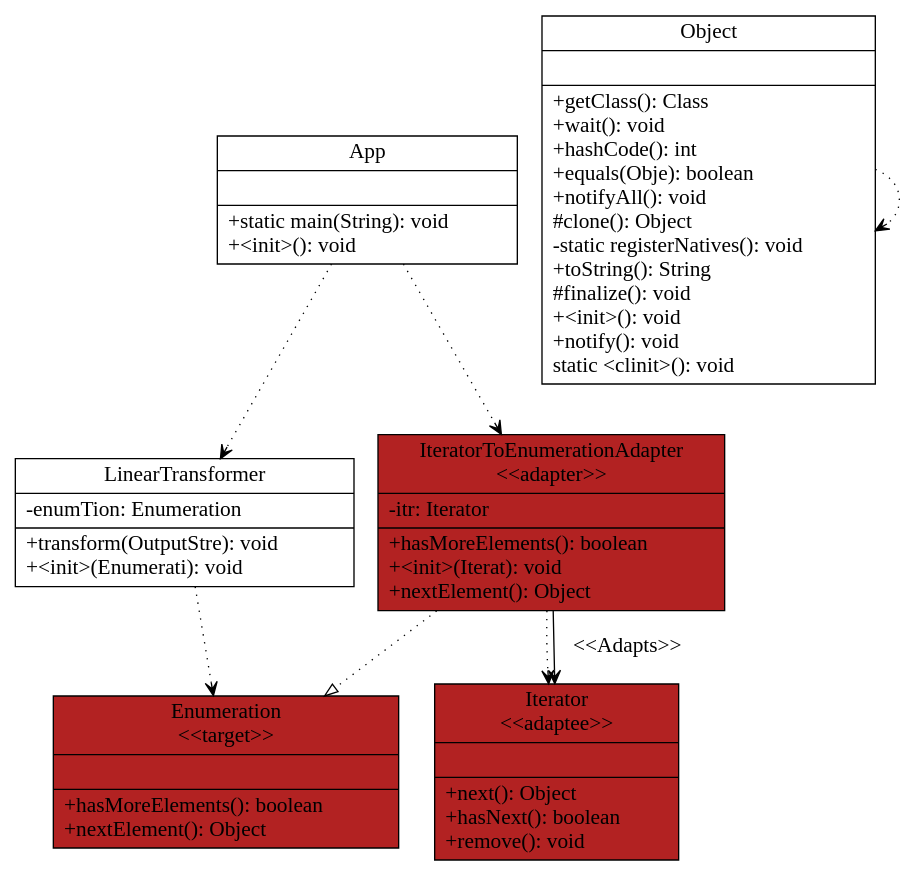
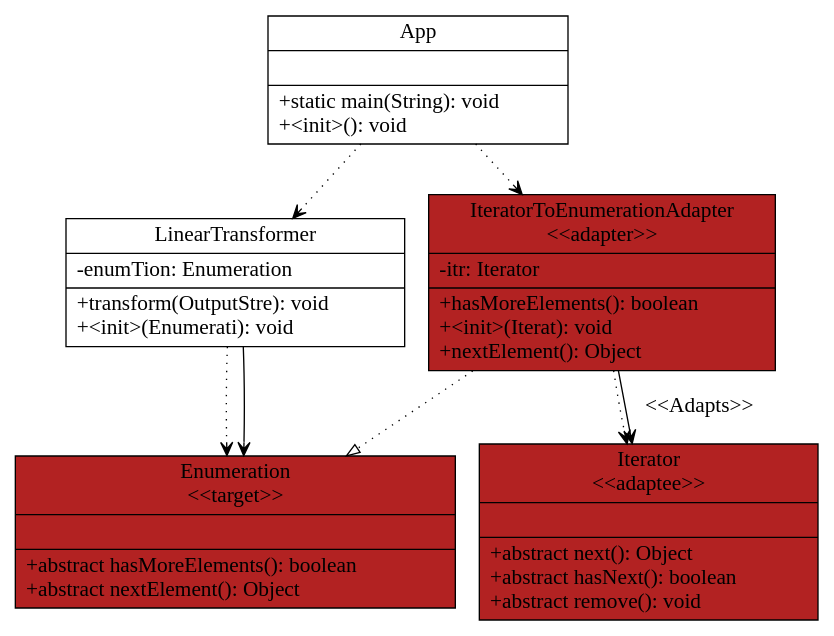
One commit to Maast3r/UMLMaker changed the diagram in src/lab5one.dot. Above: the diagram before and after it, drawn with Graphviz. The commit also changed 35 other files, not shown here.

```diff
--- a/src/lab5one.dot
+++ b/src/lab5one.dot
@@ -1,60 +1,54 @@
 digraph G{
 	fontname = "Bitstream Vera Sans"
 	fontsize = 16
 
 node [
 	fontname = "Bitstream Vera Sans"
 	fontsize = 16
 
  shape = "record"
 ]
 edge [
 	fontname = "Bitstream Vera Sans"
 	fontsize = 16
 ]
 App [ 
 center=true
     label="{App| | +static main(String): void\l+\<init\>(): void\l}"color = black
 style = filled 
  fillcolor = white
 ]
 LinearTransformer [ 
 center=true
     label="{LinearTransformer|-enumTion: Enumeration \l | +transform(OutputStre): void\l+\<init\>(Enumerati): void\l}"color = black
 style = filled 
  fillcolor = white
 ]
 Enumeration [ 
 center=true
-    label="{Enumeration\n\<\<target\>\>| | +hasMoreElements(): boolean\l+nextElement(): Object\l}"color = null
+    label="{Enumeration\n\<\<target\>\>| | +abstract hasMoreElements(): boolean\l+abstract nextElement(): Object\l}"color = null
 style = filled 
  fillcolor = firebrick
 ]
 Iterator [ 
 center=true
-    label="{Iterator\n\<\<adaptee\>\>| | +next(): Object\l+hasNext(): boolean\l+remove(): void\l}"color = null
+    label="{Iterator\n\<\<adaptee\>\>| | +abstract next(): Object\l+abstract hasNext(): boolean\l+abstract remove(): void\l}"color = null
 style = filled 
  fillcolor = firebrick
-]
-Object [ 
-center=true
-    label="{Object| | +getClass(): Class\l+wait(): void\l+hashCode(): int\l+equals(Obje): boolean\l+notifyAll(): void\l#clone(): Object\l-static registerNatives(): void\l+toString(): String\l#finalize(): void\l+\<init\>(): void\l+notify(): void\lstatic \<clinit\>(): void\l}"color = black
-style = filled 
- fillcolor = white
 ]
 IteratorToEnumerationAdapter [ 
 center=true
     label="{IteratorToEnumerationAdapter\n\<\<adapter\>\>|-itr: Iterator \l | +hasMoreElements(): boolean\l+\<init\>(Iterat): void\l+nextElement(): Object\l}"color = null
 style = filled 
  fillcolor = firebrick
 ]
 App -> LinearTransformer[arrowhead = vee, style = dotted]
 App -> IteratorToEnumerationAdapter[arrowhead = vee, style = dotted]
 LinearTransformer -> Enumeration[arrowhead = vee, style = dotted]
-Object -> Object[arrowhead = vee, style = dotted]
+LinearTransformer -> Enumeration[arrowhead = veenull]
 IteratorToEnumerationAdapter -> Iterator[arrowhead = vee, style = dotted]
 IteratorToEnumerationAdapter -> Iterator[arrowhead = vee,label="\<\<Adapts\>\>"]
 IteratorToEnumerationAdapter -> Enumeration[arrowhead = onormal,style = dotted]
 
 
 }
```
